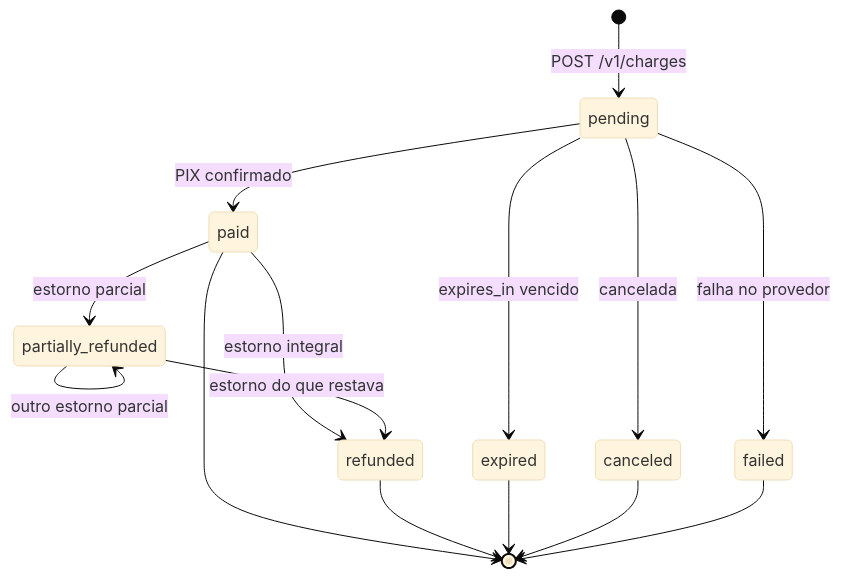
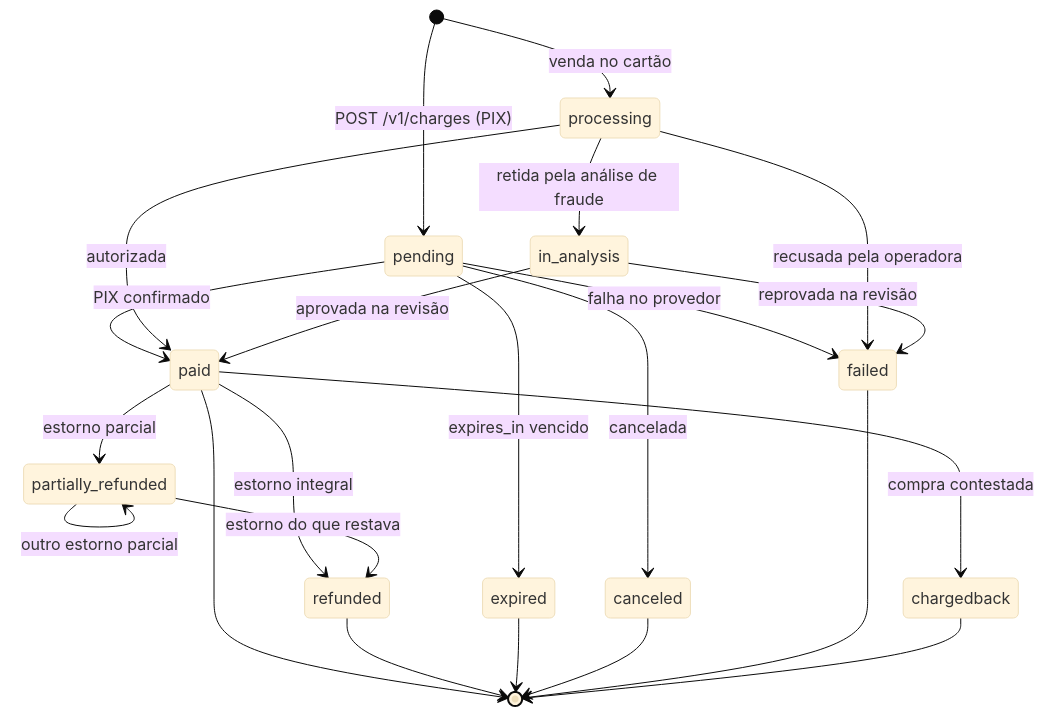
One commit to brendooliveira/documentation changed the diagram in essenciais/ciclo-de-vida-da-cobranca.mdx. Above: the diagram before and after it, drawn with Mermaid (base theme). The commit also changed other lines of this file and 14 other files, not shown here.

````diff
--- a/essenciais/ciclo-de-vida-da-cobranca.mdx
+++ b/essenciais/ciclo-de-vida-da-cobranca.mdx
@@ -13,17 +14,25 @@
 ```mermaid
 stateDiagram-v2
-    [*] --> pending: POST /v1/charges
+    [*] --> pending: POST /v1/charges (PIX)
+    [*] --> processing: venda no cartão
     pending --> paid: PIX confirmado
     pending --> expired: expires_in vencido
     pending --> canceled: cancelada
     pending --> failed: falha no provedor
+    processing --> in_analysis: retida pela análise de fraude
+    processing --> paid: autorizada
+    processing --> failed: recusada pela operadora
+    in_analysis --> paid: aprovada na revisão
+    in_analysis --> failed: reprovada na revisão
     paid --> partially_refunded: estorno parcial
     paid --> refunded: estorno integral
+    paid --> chargedback: compra contestada
     partially_refunded --> partially_refunded: outro estorno parcial
     partially_refunded --> refunded: estorno do que restava
     paid --> [*]
     refunded --> [*]
     expired --> [*]
     canceled --> [*]
     failed --> [*]
+    chargedback --> [*]
 ```
````
